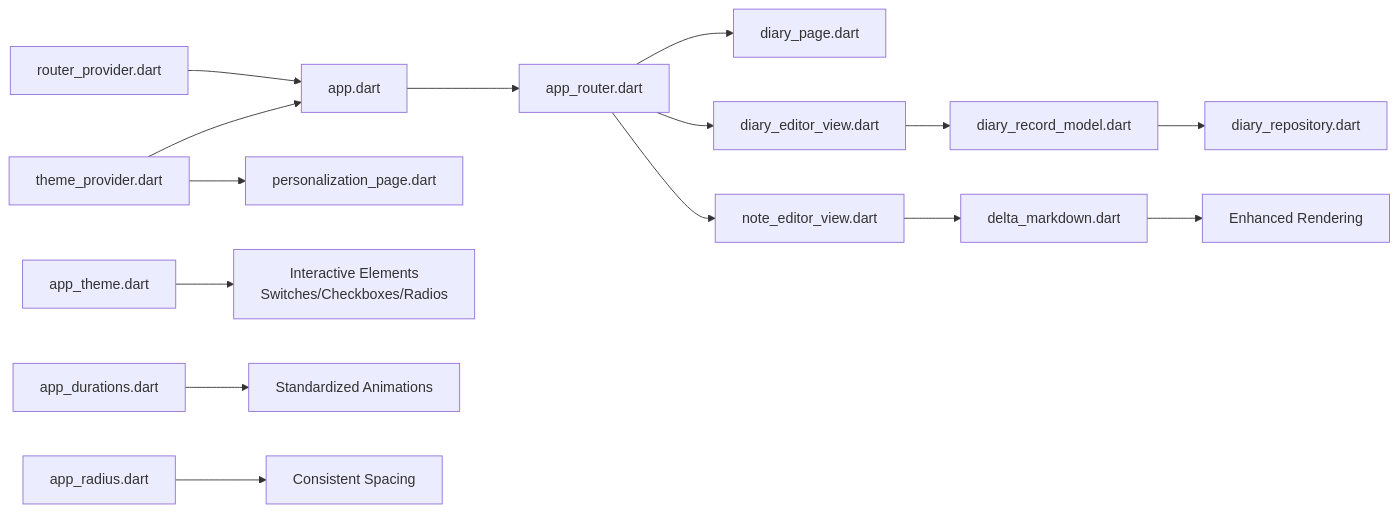
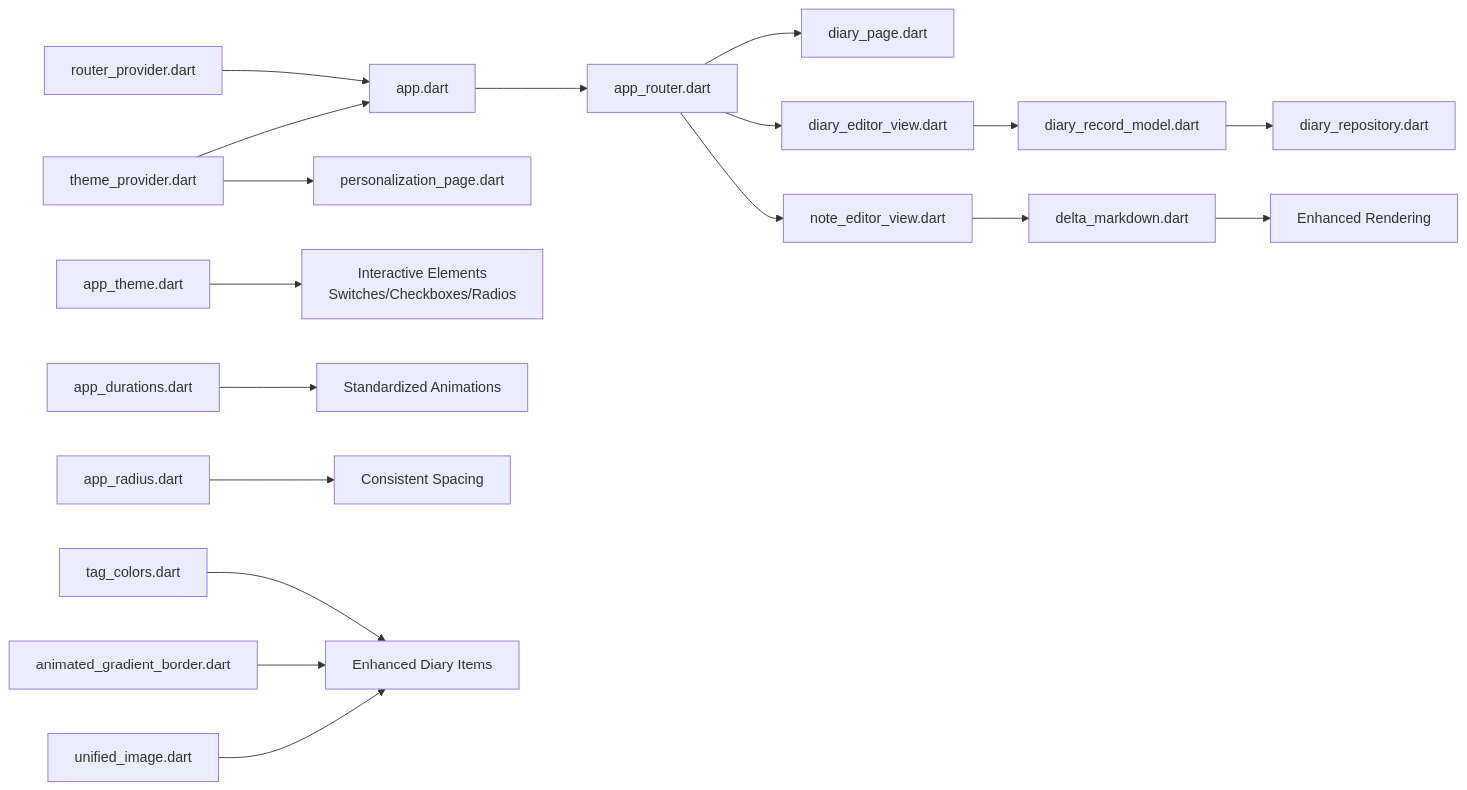
Before and after one commit to favoroo/QNote: diagram 12 of 12 in .qoder/repowiki/en/content/UI Components and Pages/UI Components and Pages.md, drawn with Mermaid. The commit also changed other lines of this file and 65 other files, not shown here.

First line of the commit message:
docs: 新增项目文档与配置文件，修复AI提取与热力图问题

````diff
--- a/.qoder/repowiki/en/content/UI Components and Pages/UI Components and Pages.md
+++ b/.qoder/repowiki/en/content/UI Components and Pages/UI Components and Pages.md
@@ -523,17 +678,20 @@
 ```mermaid
 graph LR
 ROUTER_PROVIDER["router_provider.dart"] --> APP_SHELL["app.dart"]
 THEME_PROVIDER["theme_provider.dart"] --> APP_SHELL
 THEME_PROVIDER --> PERSONALIZATION["personalization_page.dart"]
 APP_SHELL --> ROUTER["app_router.dart"]
 ROUTER --> DIARY_PAGE["diary_page.dart"]
 ROUTER --> DIARY_EDITOR["diary_editor_view.dart"]
 ROUTER --> NOTE_EDITOR["note_editor_view.dart"]
 DIARY_EDITOR --> MODEL["diary_record_model.dart"]
 MODEL --> REPO["diary_repository.dart"]
 NOTE_EDITOR --> DELTA_MD["delta_markdown.dart"]
 DELTA_MD --> RENDERING["Enhanced Rendering"]
 APP_THEME["app_theme.dart"] --> WIDGETS["Interactive Elements<br/>Switches/Checkboxes/Radios"]
 APP_DURATIONS["app_durations.dart"] --> ANIMATIONS["Standardized Animations"]
 APP_RADIUS["app_radius.dart"] --> SPACING["Consistent Spacing"]
+TAG_COLORS["tag_colors.dart"] --> DIARY_ITEMS["Enhanced Diary Items"]
+ANIMATED_BORDER["animated_gradient_border.dart"] --> DIARY_ITEMS
+UNIFIED_IMAGE["unified_image.dart"] --> DIARY_ITEMS
 ```
````
